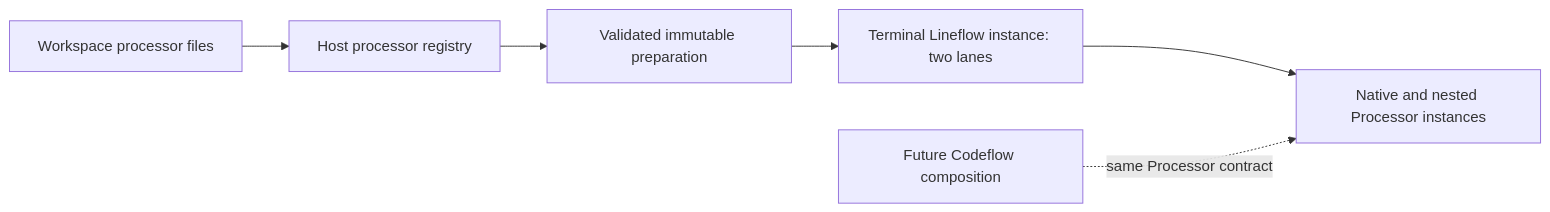
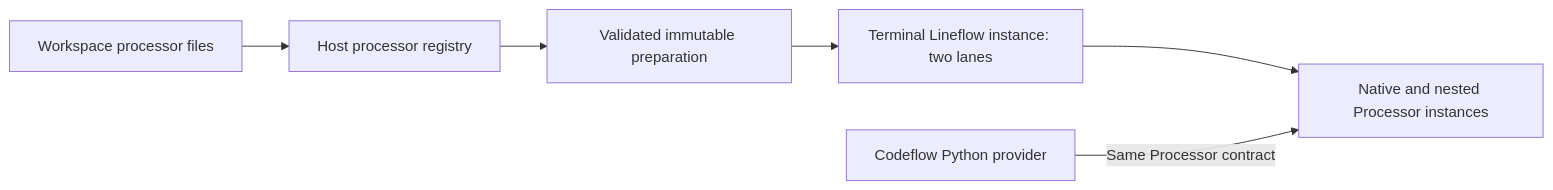
The first of 5 diagrams in docs/processing-core.md (Octaviarius/TermMaster), drawn with Mermaid before and after one commit. The commit also changed other lines of this file and 9 other files, not shown here.

````diff
--- a/docs/processing-core.md
+++ b/docs/processing-core.md
@@ -20,8 +21,8 @@
 ```mermaid
 flowchart LR
     W[Workspace processor files] --> R[Host processor registry]
     R --> P[Validated immutable preparation]
     P --> Root[Terminal Lineflow instance: two lanes]
     Root --> N[Native and nested Processor instances]
-    F[Future Codeflow composition] -. same Processor contract .-> N
+    F[Codeflow Python provider] -->|Same Processor contract| N
 ```
````
